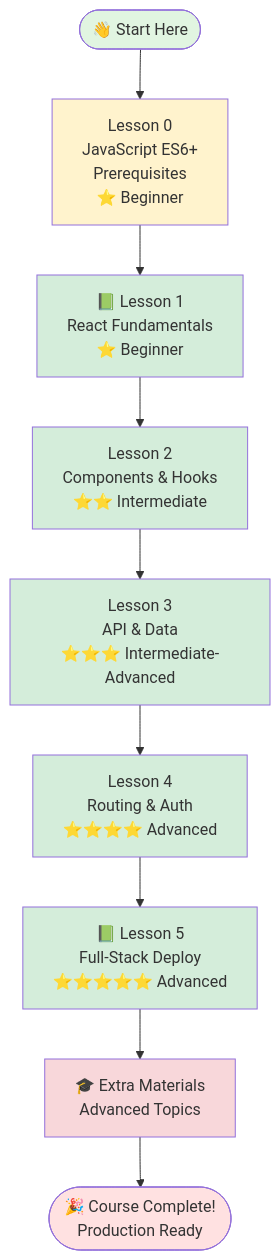
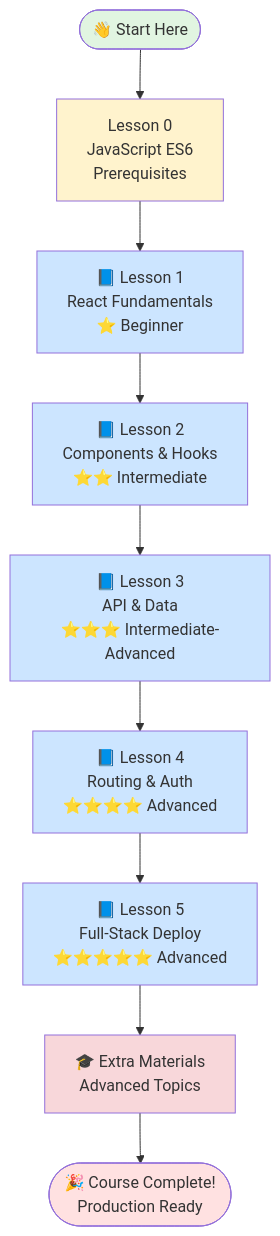
Before and after one commit to longndt/react-course: the first of 8 diagrams in react-javascript/diagrams/COURSE_ROADMAP.md, drawn with Mermaid. The commit also changed other lines of this file and 6 other files, not shown here.

````diff
--- a/react-javascript/diagrams/COURSE_ROADMAP.md
+++ b/react-javascript/diagrams/COURSE_ROADMAP.md
@@ -7,28 +7,28 @@
 ```mermaid
 graph TB
-    Start([👋 Start Here]) --> L0[Lesson 0<br/>JavaScript ES6+<br/>Prerequisites<br/>⭐ Beginner]
+    Start([👋 Start Here]) --> L0[Lesson 0<br/>JavaScript ES6<br/>Prerequisites]
 
-    L0 --> L1[📗 Lesson 1<br/>React Fundamentals<br/>⭐ Beginner]
+    L0 --> L1[📘 Lesson 1<br/>React Fundamentals<br/>⭐ Beginner]
 
-    L1 --> L2[ Lesson 2<br/>Components & Hooks<br/>⭐⭐ Intermediate]
+    L1 --> L2[📘 Lesson 2<br/>Components & Hooks<br/>⭐⭐ Intermediate]
 
-    L2 --> L3[ Lesson 3<br/>API & Data<br/>⭐⭐⭐ Intermediate-Advanced]
+    L2 --> L3[📘 Lesson 3<br/>API & Data<br/>⭐⭐⭐ Intermediate-Advanced]
 
-    L3 --> L4[ Lesson 4<br/>Routing & Auth<br/>⭐⭐⭐⭐ Advanced]
+    L3 --> L4[📘 Lesson 4<br/>Routing & Auth<br/>⭐⭐⭐⭐ Advanced]
 
-    L4 --> L5[📗 Lesson 5<br/>Full-Stack Deploy<br/>⭐⭐⭐⭐⭐ Advanced]
+    L4 --> L5[📘 Lesson 5<br/>Full-Stack Deploy<br/>⭐⭐⭐⭐⭐ Advanced]
 
     L5 --> Extras[🎓 Extra Materials<br/>Advanced Topics]
 
     Extras --> Complete([🎉 Course Complete!<br/>Production Ready])
 
     style Start fill:#e1f5e1
     style Complete fill:#ffe1e1
     style L0 fill:#fff3cd
-    style L1 fill:#d4edda
-    style L2 fill:#d4edda
-    style L3 fill:#d4edda
-    style L4 fill:#d4edda
-    style L5 fill:#d4edda
+    style L1 fill:#cce5ff
+    style L2 fill:#cce5ff
+    style L3 fill:#cce5ff
+    style L4 fill:#cce5ff
+    style L5 fill:#cce5ff
     style Extras fill:#f8d7da
 ```
````
